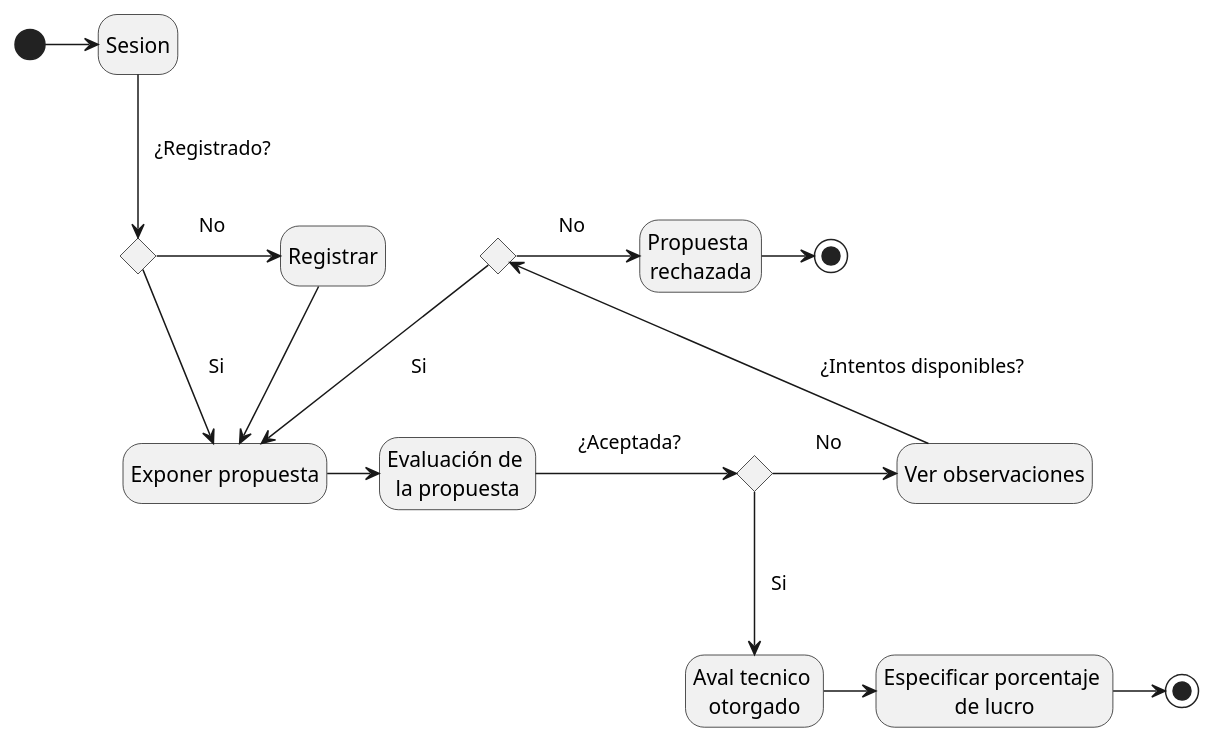
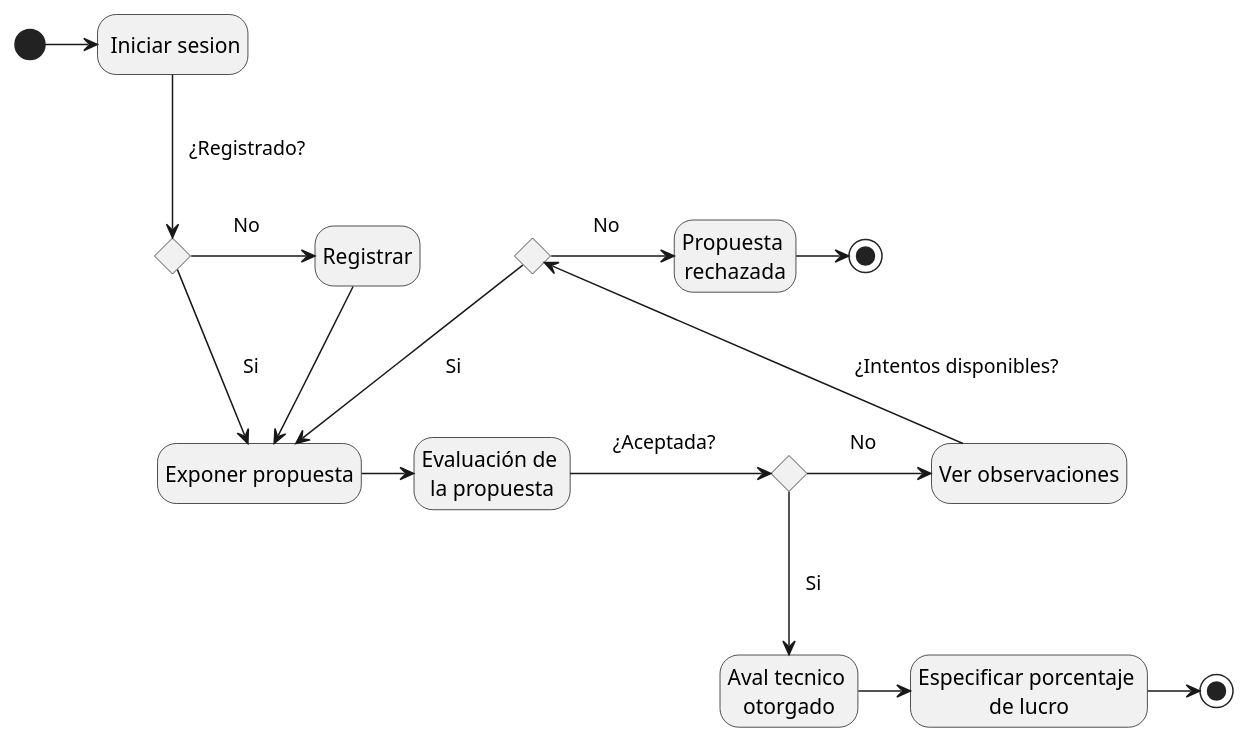
Before and after one commit to edwynG/Proyecto-ingenieria-del-software: the diagram in docs/scenariosView/StatusDiagrams.plantuml, drawn with PlantUML. The commit also changed 3 other files, not shown here.

```diff
--- a/docs/scenariosView/StatusDiagrams.plantuml
+++ b/docs/scenariosView/StatusDiagrams.plantuml
@@ -1,44 +1,44 @@
 @startuml ProcedoDeNegocio
 skinparam NoteBackgroundColor transparent
 skinparam NoteBorderColor transparent
 hide empty description
-state Sesion
+state " Iniciar sesion" as Sesion
 state conditional1 <<choice>>
 state conditional2 <<choice>>
 state conditional3 <<choice>>
 state start <<start>>
 state end1 <<end>>
 state end2 <<end>>
 state Registrar 
 state "Ver observaciones" as VO
 state "Exponer propuesta" as EP
 state "Evaluación de \nla propuesta" as verification
 state "Aval tecnico \notorgado" as ATO
 state "Propuesta \nrechazada" as PR
 state "Especificar porcentaje \nde lucro" as EPL
 
 start -> Sesion 
 Sesion --> conditional1
 note on link : ¿Registrado?
 conditional1 -> Registrar
 note on link : No
 Registrar  --> EP
 conditional1 -d-> EP
 note on link  : Si
 EP -> verification
 verification -> conditional2
 note on link : ¿Aceptada?
 conditional2 -> VO
 note on link : No
 VO -u-> conditional3
 note on link: ¿Intentos disponibles?
 conditional3 -r--> PR
 note on link : No
 conditional3 -> EP
 note on link : Si
 PR -> end1
 conditional2 -d-> ATO
 note on link : Si
 ATO -> EPL
 EPL -> end2
 @enduml
```
